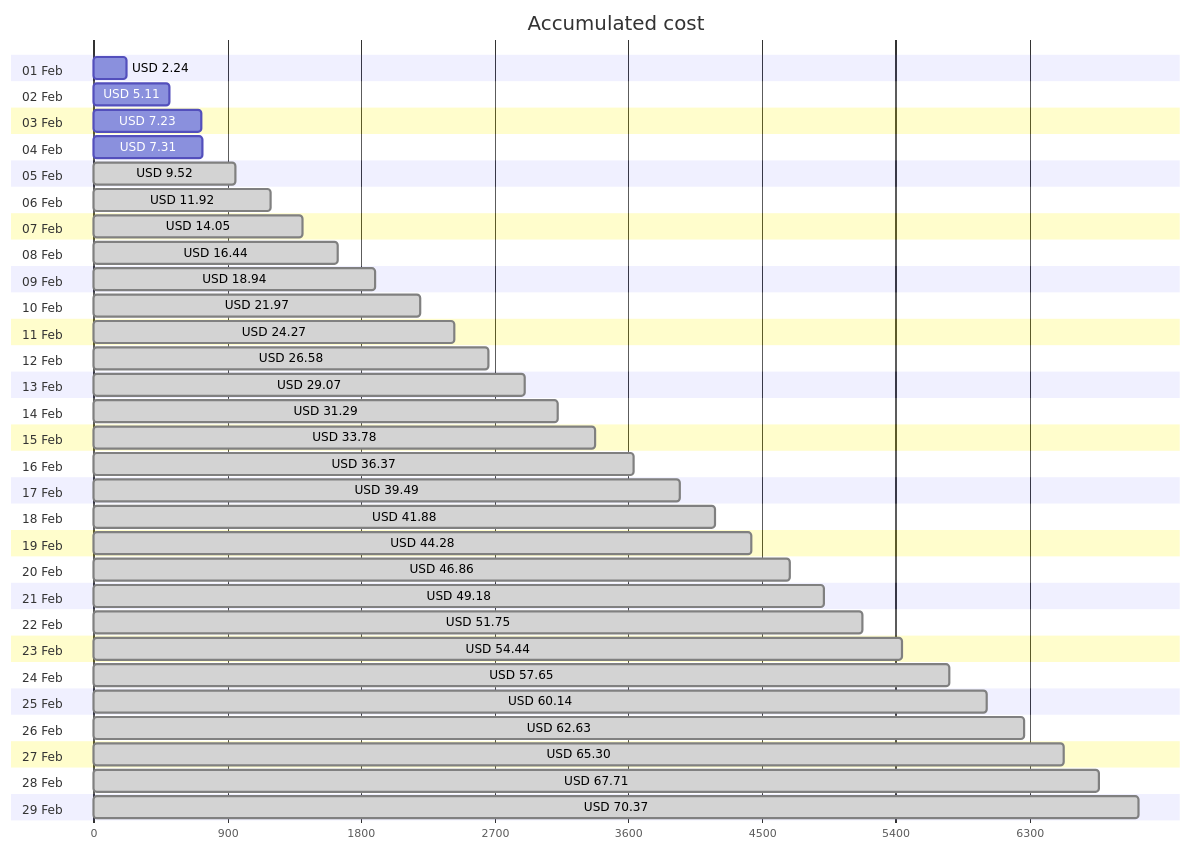
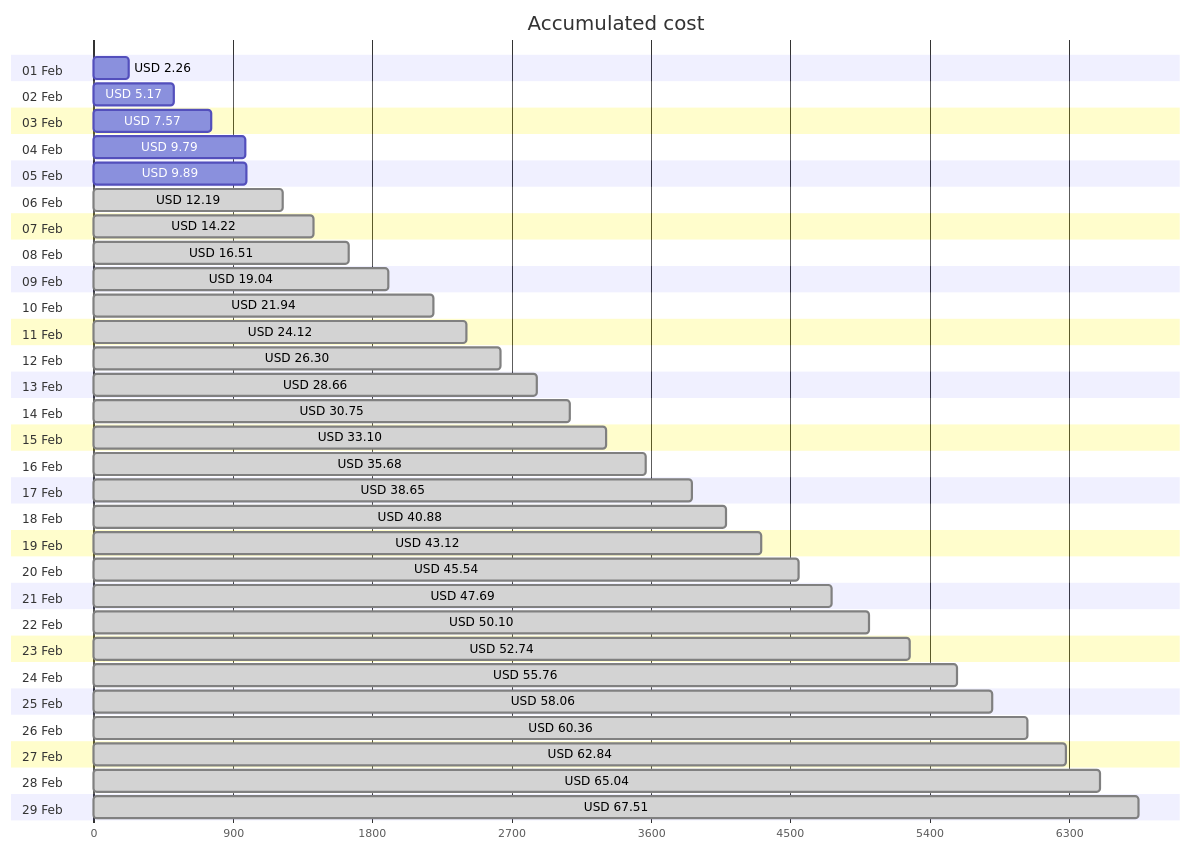
One commit to jpfulton/azure-personal-reports changed the first of 4 diagrams in cost-reports/personal-network/README.md. Above: the diagram before and after it, drawn with Mermaid. The commit also changed other lines of this file and 8 other files, not shown here.

````diff
--- a/cost-reports/personal-network/README.md
+++ b/cost-reports/personal-network/README.md
@@ -20,64 +20,64 @@
 ```mermaid
 gantt
    title Accumulated cost
    dateFormat  X
    axisFormat %s
    section 01 Feb
-   USD 2.24 :0, 224
+   USD 2.26 :0, 226
    section 02 Feb
-   USD 5.11 :0, 511
+   USD 5.17 :0, 517
    section 03 Feb
-   USD 7.23 :0, 723
+   USD 7.57 :0, 757
    section 04 Feb
-   USD 7.31 :0, 731
+   USD 9.79 :0, 979
    section 05 Feb
-   USD 9.52 : done, 0, 952
+   USD 9.89 :0, 989
    section 06 Feb
-   USD 11.92 : done, 0, 1192
+   USD 12.19 : done, 0, 1219
    section 07 Feb
-   USD 14.05 : done, 0, 1405
+   USD 14.22 : done, 0, 1422
    section 08 Feb
-   USD 16.44 : done, 0, 1644
+   USD 16.51 : done, 0, 1651
    section 09 Feb
-   USD 18.94 : done, 0, 1894
+   USD 19.04 : done, 0, 1904
    section 10 Feb
-   USD 21.97 : done, 0, 2197
+   USD 21.94 : done, 0, 2194
    section 11 Feb
-   USD 24.27 : done, 0, 2427
+   USD 24.12 : done, 0, 2412
    section 12 Feb
-   USD 26.58 : done, 0, 2658
+   USD 26.30 : done, 0, 2630
    section 13 Feb
-   USD 29.07 : done, 0, 2907
+   USD 28.66 : done, 0, 2866
    section 14 Feb
-   USD 31.29 : done, 0, 3129
+   USD 30.75 : done, 0, 3075
    section 15 Feb
-   USD 33.78 : done, 0, 3378
+   USD 33.10 : done, 0, 3310
    section 16 Feb
-   USD 36.37 : done, 0, 3637
+   USD 35.68 : done, 0, 3568
    section 17 Feb
-   USD 39.49 : done, 0, 3949
+   USD 38.65 : done, 0, 3865
    section 18 Feb
-   USD 41.88 : done, 0, 4188
+   USD 40.88 : done, 0, 4088
    section 19 Feb
-   USD 44.28 : done, 0, 4428
+   USD 43.12 : done, 0, 4312
    section 20 Feb
-   USD 46.86 : done, 0, 4686
+   USD 45.54 : done, 0, 4554
    section 21 Feb
-   USD 49.18 : done, 0, 4918
+   USD 47.69 : done, 0, 4769
    section 22 Feb
-   USD 51.75 : done, 0, 5175
+   USD 50.10 : done, 0, 5010
    section 23 Feb
-   USD 54.44 : done, 0, 5444
+   USD 52.74 : done, 0, 5274
    section 24 Feb
-   USD 57.65 : done, 0, 5765
+   USD 55.76 : done, 0, 5576
    section 25 Feb
-   USD 60.14 : done, 0, 6014
+   USD 58.06 : done, 0, 5806
    section 26 Feb
-   USD 62.63 : done, 0, 6263
+   USD 60.36 : done, 0, 6036
    section 27 Feb
-   USD 65.30 : done, 0, 6530
+   USD 62.84 : done, 0, 6284
    section 28 Feb
-   USD 67.71 : done, 0, 6771
+   USD 65.04 : done, 0, 6504
    section 29 Feb
-   USD 70.37 : done, 0, 7037
+   USD 67.51 : done, 0, 6751
 ```
````
